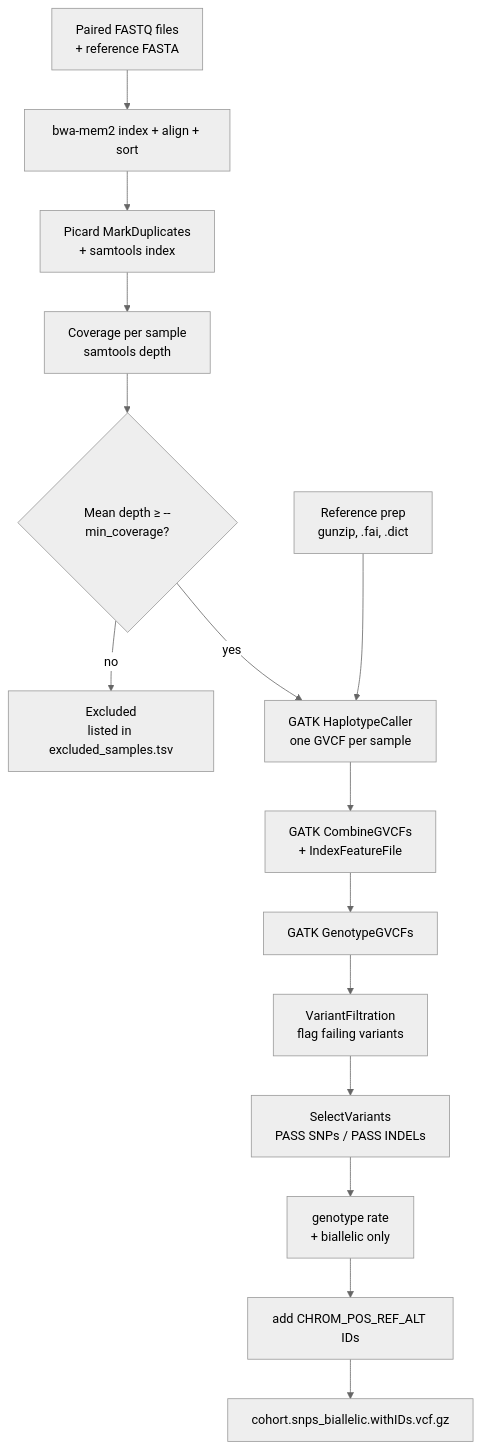
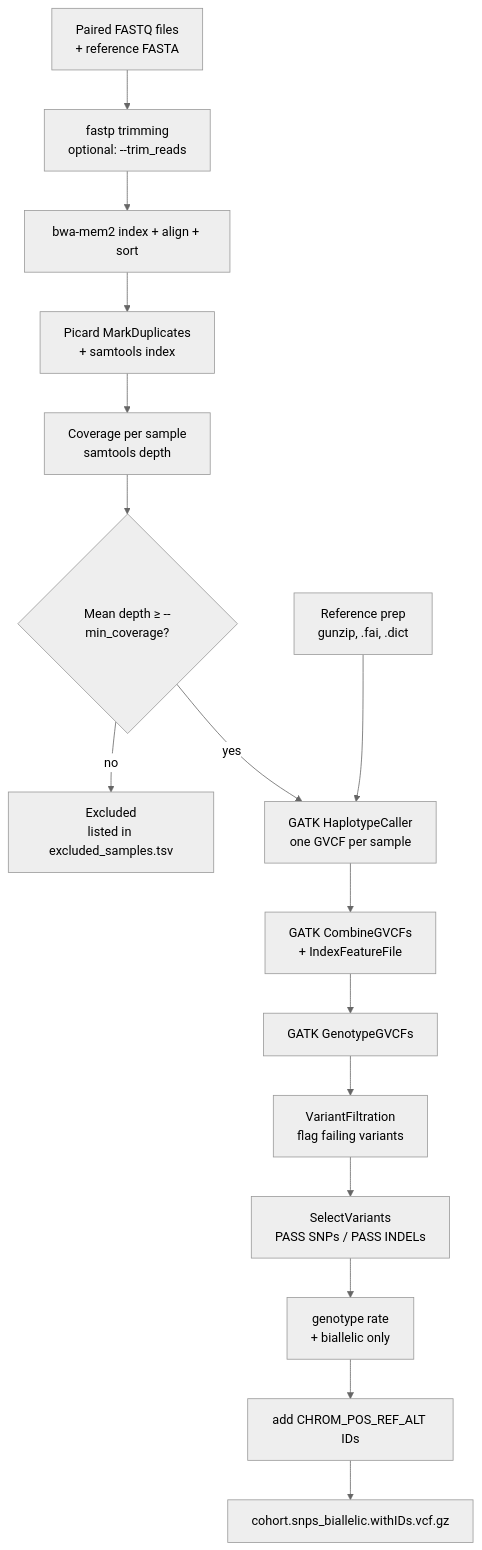
The diagram in README.md (KristinaGagalova/MycoPops), drawn with Mermaid (neutral theme) before and after one commit. The commit also changed other lines of this file, not shown here.

````diff
--- a/README.md
+++ b/README.md
@@ -34,17 +35,18 @@
 ```mermaid
 flowchart TD
-    A[Paired FASTQ files<br/>+ reference FASTA] --> B[bwa-mem2 index + align + sort]
+    A[Paired FASTQ files<br/>+ reference FASTA] --> T[fastp trimming<br/>optional: --trim_reads]
+    T --> B[bwa-mem2 index + align + sort]
     B --> C[Picard MarkDuplicates<br/>+ samtools index]
     C --> D[Coverage per sample<br/>samtools depth]
     D --> E{Mean depth ≥ --min_coverage?}
     E -- no --> X[Excluded<br/>listed in excluded_samples.tsv]
     E -- yes --> F[GATK HaplotypeCaller<br/>one GVCF per sample]
     R[Reference prep<br/>gunzip, .fai, .dict] --> F
     F --> G[GATK CombineGVCFs<br/>+ IndexFeatureFile]
     G --> H[GATK GenotypeGVCFs]
     H --> I[VariantFiltration<br/>flag failing variants]
     I --> J[SelectVariants<br/>PASS SNPs / PASS INDELs]
     J --> K[genotype rate<br/>+ biallelic only]
     K --> L[add CHROM_POS_REF_ALT IDs]
     L --> V[cohort.snps_biallelic.withIDs.vcf.gz]
 ```
````
